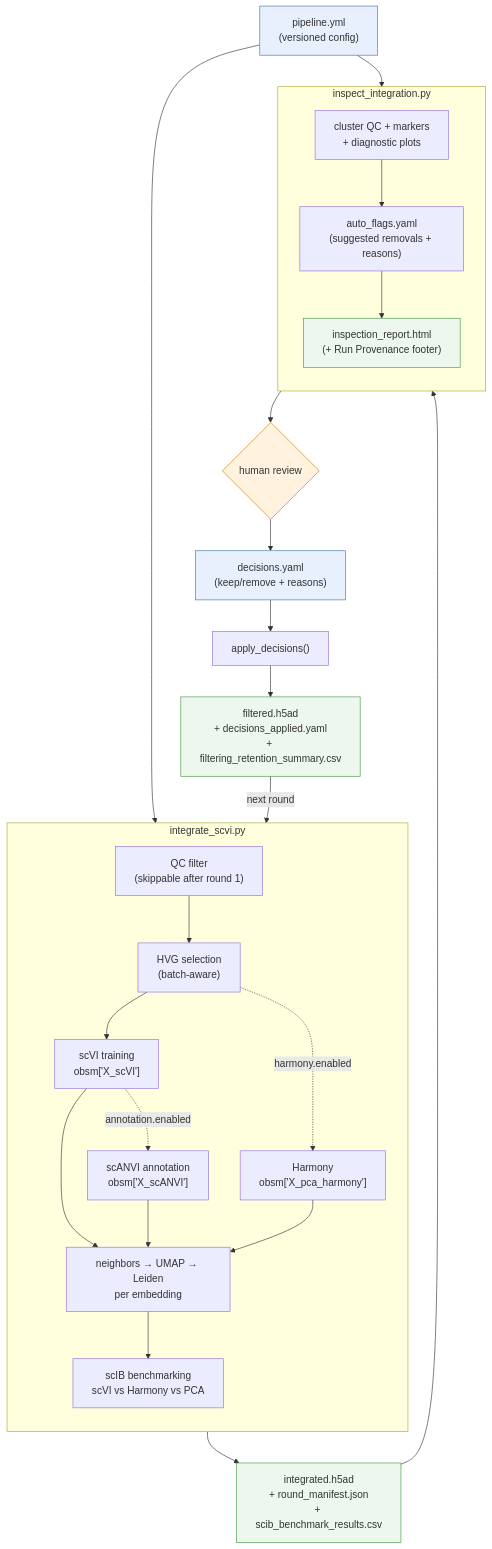
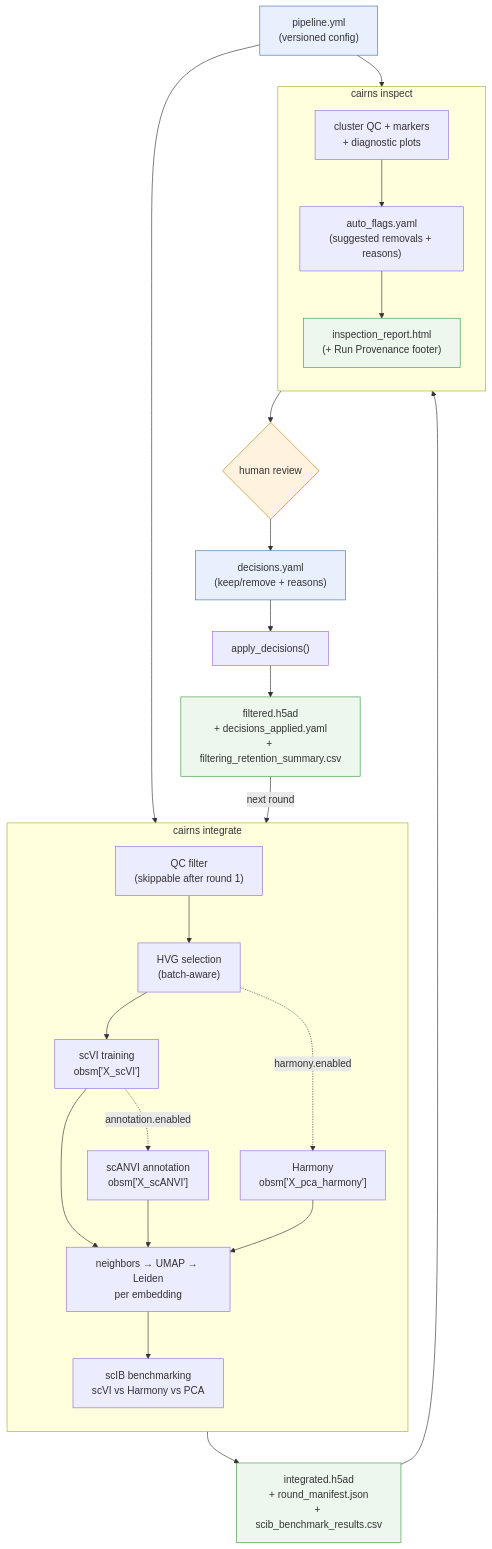
The diagram in README.md (AllenInstitute/scCairns), drawn with Mermaid before and after one commit. The commit also changed other lines of this file and 24 other files, not shown here.

````diff
--- a/README.md
+++ b/README.md
@@ -38,39 +39,39 @@
 ```mermaid
 flowchart TD
     cfg["pipeline.yml<br/>(versioned config)"]:::cfg
 
-    subgraph INT["integrate_scvi.py"]
+    subgraph INT["cairns integrate"]
         direction TB
         qc["QC filter<br/>(skippable after round 1)"] --> hvg["HVG selection<br/>(batch-aware)"]
         hvg --> scvi["scVI training<br/>obsm['X_scVI']"]
         scvi -.->|annotation.enabled| scanvi["scANVI annotation<br/>obsm['X_scANVI']"]
         hvg -.->|harmony.enabled| harmony["Harmony<br/>obsm['X_pca_harmony']"]
         scvi --> emb["neighbors → UMAP → Leiden<br/>per embedding"]
         scanvi --> emb
         harmony --> emb
         emb --> bench["scIB benchmarking<br/>scVI vs Harmony vs PCA"]
     end
 
     INT --> integ["integrated.h5ad<br/>+ round_manifest.json<br/>+ scib_benchmark_results.csv"]:::art
 
-    subgraph INS["inspect_integration.py"]
+    subgraph INS["cairns inspect"]
         direction TB
         rpt["cluster QC + markers<br/>+ diagnostic plots"] --> flags["auto_flags.yaml<br/>(suggested removals + reasons)"]
         flags --> html["inspection_report.html<br/>(+ Run Provenance footer)"]:::art
     end
 
     integ --> INS
     html --> review{"human review"}:::dec
     review --> dec["decisions.yaml<br/>(keep/remove + reasons)"]:::cfg
 
     dec --> filter["apply_decisions()"]
     filter --> filt["filtered.h5ad<br/>+ decisions_applied.yaml<br/>+ filtering_retention_summary.csv"]:::art
     filt -->|next round| INT
 
     cfg --> INT
     cfg --> INS
 
     classDef cfg fill:#e8f0fe,stroke:#4477AA;
     classDef art fill:#eef7ee,stroke:#449944;
     classDef dec fill:#fff3e0,stroke:#cc7a00;
 ```
````
